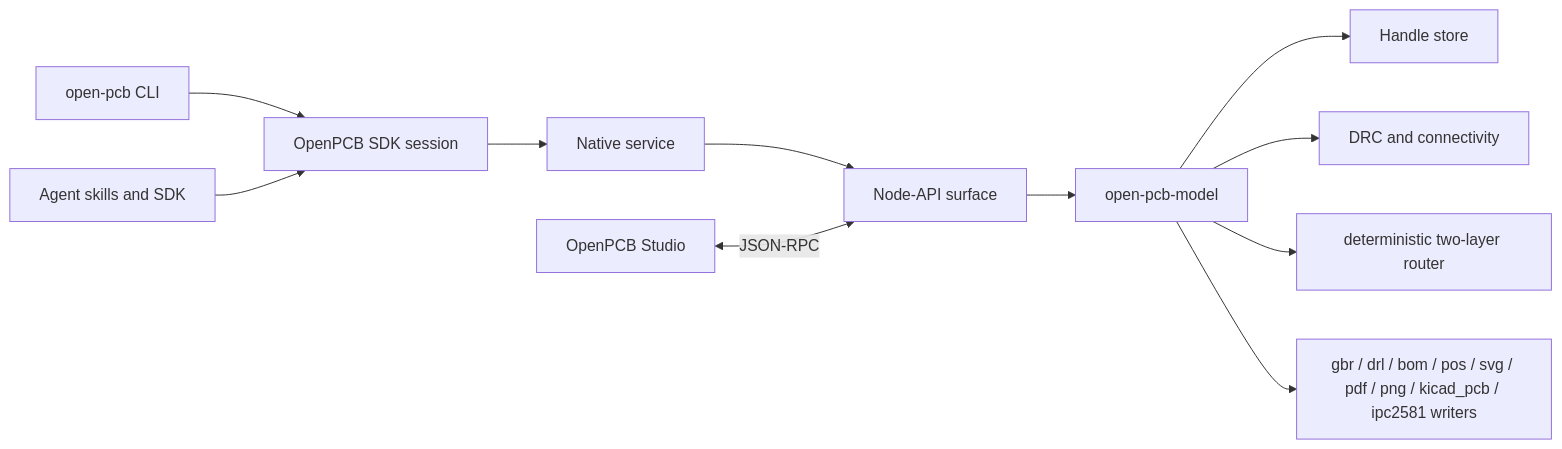
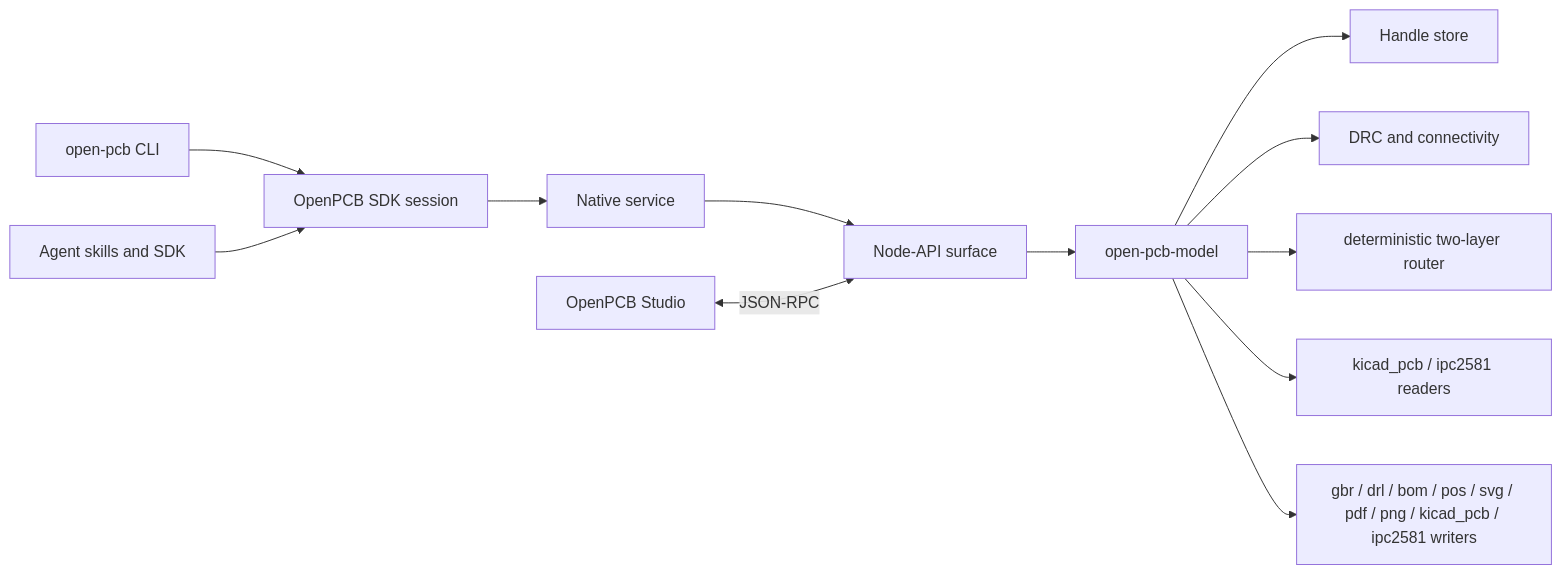
Before and after one commit to nyar-os/OpenPCB: the diagram in readme.md, drawn with Mermaid. The commit also changed other lines of this file and 3 other files, not shown here.

````diff
--- a/readme.md
+++ b/readme.md
@@ -160,13 +167,14 @@
 ```mermaid
 flowchart LR
     CLI["open-pcb CLI"] --> SDK["OpenPCB SDK session"]
     Skills["Agent skills and SDK"] --> SDK
     SDK --> Service["Native service"]
     Service --> NAPI["Node-API surface"]
     NAPI --> Model["open-pcb-model"]
     Studio["OpenPCB Studio"] <-->|"JSON-RPC"| NAPI
     Model --> Store["Handle store"]
     Model --> Checks["DRC and connectivity"]
     Model --> Route["deterministic two-layer router"]
+    Model --> Readers["kicad_pcb / ipc2581 readers"]
     Model --> Writers["gbr / drl / bom / pos / svg / pdf / png / kicad_pcb / ipc2581 writers"]
 ```
````
